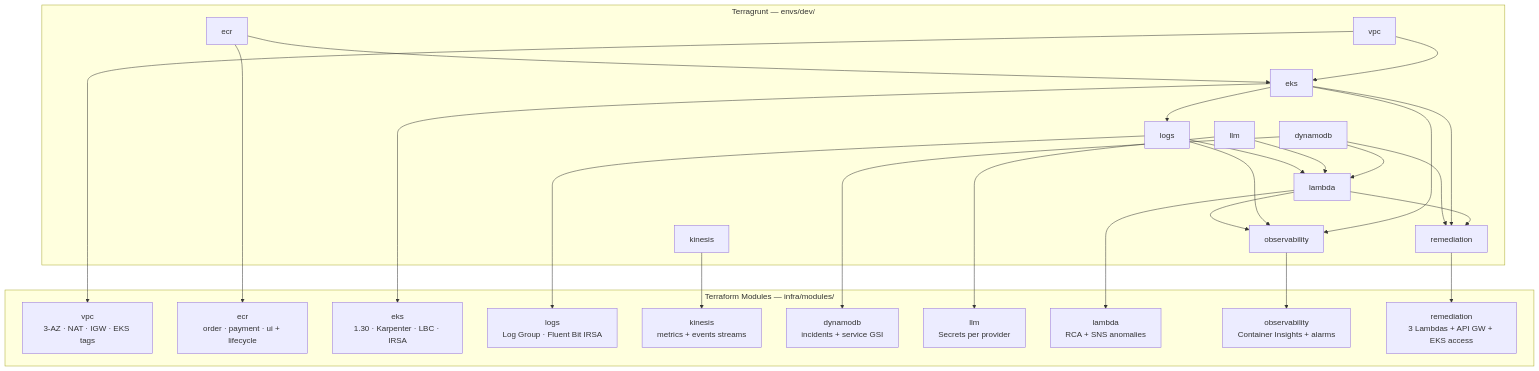
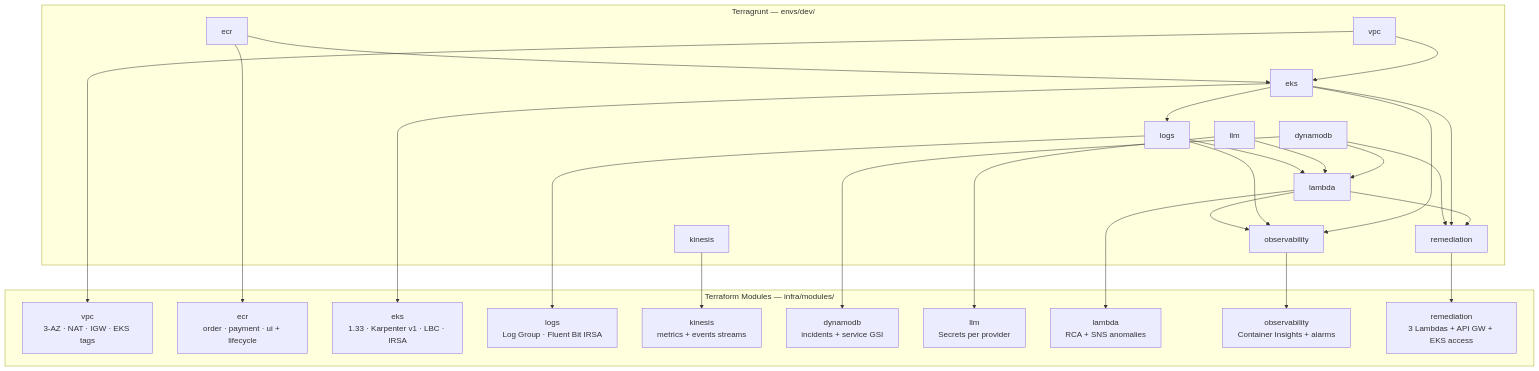
Before and after one commit to mrsrujan/IntelliOps: the fifth of 6 diagrams in docs/architecture.md, drawn with Mermaid. The commit also changed other lines of this file and 9 other files, not shown here.

````diff
--- a/docs/architecture.md
+++ b/docs/architecture.md
@@ -269,52 +269,52 @@
 ```mermaid
 flowchart TD
     subgraph ENV ["Terragrunt — envs/dev/"]
         TG_VPC[vpc]
         TG_ECR[ecr]
         TG_EKS[eks]
         TG_LOGS[logs]
         TG_KIN[kinesis]
         TG_DDB[dynamodb]
         TG_LLM[llm]
         TG_LAMBDA[lambda]
         TG_OBS[observability]
         TG_REM[remediation]
 
         TG_VPC --> TG_EKS
         TG_ECR --> TG_EKS
         TG_EKS --> TG_LOGS
         TG_EKS --> TG_OBS
         TG_LAMBDA --> TG_REM
         TG_DDB --> TG_LAMBDA
         TG_LLM --> TG_LAMBDA
         TG_LOGS --> TG_LAMBDA
         TG_LOGS --> TG_OBS
         TG_LAMBDA --> TG_OBS
         TG_EKS --> TG_REM
         TG_DDB --> TG_REM
     end
 
     subgraph MODS ["Terraform Modules — infra/modules/"]
         M_VPC[vpc<br/>3-AZ · NAT · IGW · EKS tags]
         M_ECR[ecr<br/>order · payment · ui + lifecycle]
-        M_EKS[eks<br/>1.30 · Karpenter · LBC · IRSA]
+        M_EKS[eks<br/>1.33 · Karpenter v1 · LBC · IRSA]
         M_LOGS[logs<br/>Log Group · Fluent Bit IRSA]
         M_KIN[kinesis<br/>metrics + events streams]
         M_DDB[dynamodb<br/>incidents + service GSI]
         M_LLM[llm<br/>Secrets per provider]
         M_LAMBDA[lambda<br/>RCA + SNS anomalies]
         M_OBS[observability<br/>Container Insights + alarms]
         M_REM[remediation<br/>3 Lambdas + API GW + EKS access]
     end
 
     TG_VPC --> M_VPC
     TG_ECR --> M_ECR
     TG_EKS --> M_EKS
     TG_LOGS --> M_LOGS
     TG_KIN --> M_KIN
     TG_DDB --> M_DDB
     TG_LLM --> M_LLM
     TG_LAMBDA --> M_LAMBDA
     TG_OBS --> M_OBS
     TG_REM --> M_REM
 ```
````
